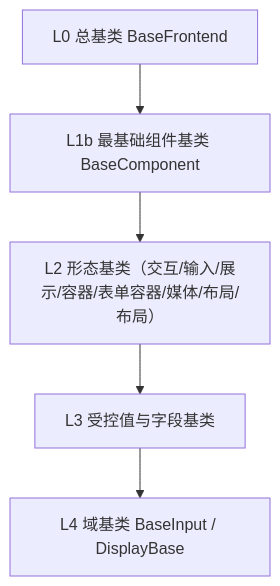
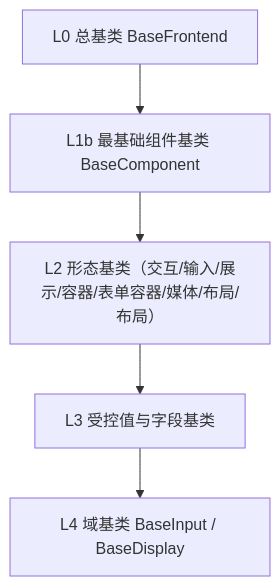
One commit to minjian123/basic-management-system changed the diagram in bms文档/设计/组件设计/02_基础组件类/L1b_最基础组件基类/01_组件设计_最基础组件基类/01_组件设计_最基础组件基类.md. Above: the diagram before and after it, drawn with Mermaid. The commit also changed 14 other files, not shown here.

Commit message:
docs(规范): 统一基类命名规则并重命名 DisplayBase 为 BaseDisplay

````diff
--- a/bms文档/设计/组件设计/02_基础组件类/L1b_最基础组件基类/01_组件设计_最基础组件基类/01_组件设计_最基础组件基类.md
+++ b/bms文档/设计/组件设计/02_基础组件类/L1b_最基础组件基类/01_组件设计_最基础组件基类/01_组件设计_最基础组件基类.md
@@ -15,7 +15,7 @@
 ```mermaid
 flowchart TD
     L0["L0 总基类 BaseFrontend"] --> L1B["L1b 最基础组件基类 BaseComponent"]
     L1B --> L2["L2 形态基类（交互/输入/展示/容器/表单容器/媒体/布局/布局）"]
     L2 --> L3["L3 受控值与字段基类"]
-    L3 --> L4["L4 域基类 BaseInput / DisplayBase"]
+    L3 --> L4["L4 域基类 BaseInput / BaseDisplay"]
 ```
````
